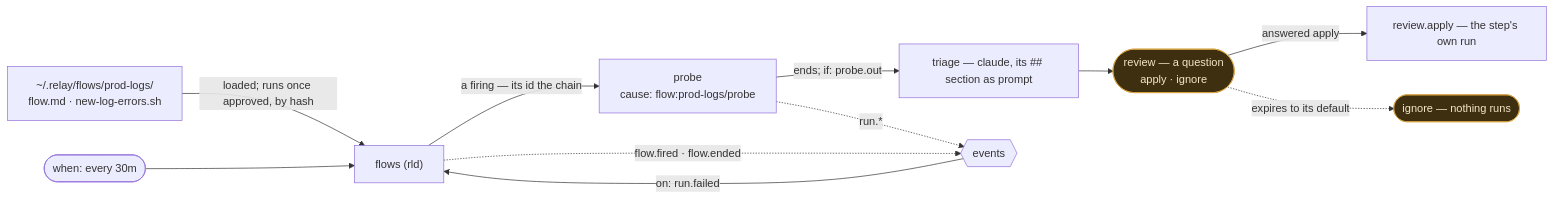
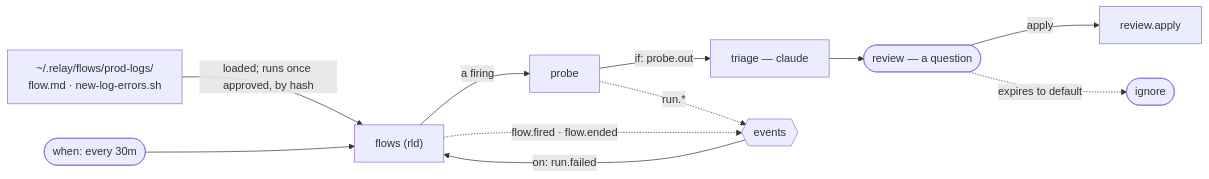
One commit to instilled/relay changed the sixth of 6 diagrams in docs/ARCHITECTURE.md. Above: the diagram before and after it, drawn with Mermaid. The commit also changed other lines of this file and 1 other file, not shown here.

Commit message:
Architecture and README, slimmed to what the tree is and how to start (#166)

````diff
--- a/docs/ARCHITECTURE.md
+++ b/docs/ARCHITECTURE.md
@@ -855,16 +280,13 @@
 ```mermaid
 flowchart LR
     folder["~/.relay/flows/prod-logs/<br/>flow.md · new-log-errors.sh"] -->|"loaded; runs once approved, by hash"| fl["flows (rld)"]
     clock(["when: every 30m"]) --> fl
     ev{{"events"}} -->|"on: run.failed"| fl
-    fl -->|"a firing — its id the chain"| probe["probe<br/>cause: flow:prod-logs/probe"]
-    probe -->|"ends; if: probe.out"| triage["triage — claude, its ## section as prompt"]
-    triage --> q(["review — a question<br/>apply · ignore"])
-    q -->|"answered apply"| apply["review.apply — the step's own run"]
-    q -.->|"expires to its default"| gone(["ignore — nothing runs"])
+    fl -->|"a firing"| probe["probe"]
+    probe -->|"if: probe.out"| triage["triage — claude"]
+    triage --> q(["review — a question"])
+    q -->|"apply"| apply["review.apply"]
+    q -.->|"expires to default"| gone(["ignore"])
     probe -.->|"run.*"| ev
     fl -.->|"flow.fired · flow.ended"| ev
-
-    classDef q fill:#3e2f10,stroke:#d9a441,color:#f5e6c8
-    class q,gone q
 ```
````
